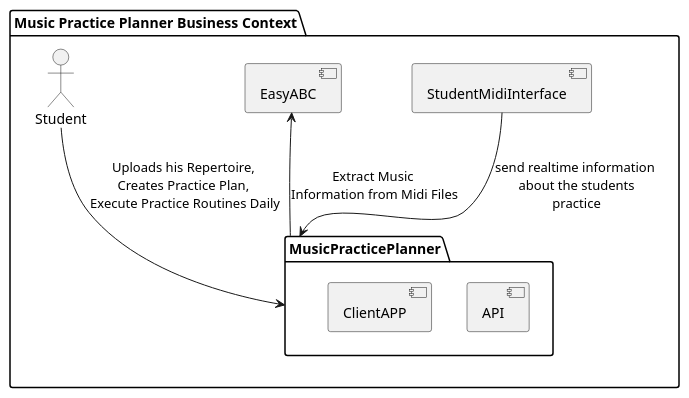
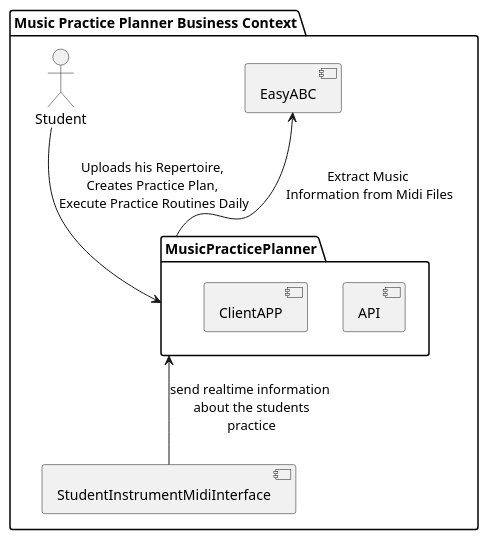
The first of 4 diagrams in docs/architecture.md (lelis718/MusicPracticePlanner), drawn with PlantUML before and after one commit. The commit also changed other lines of this file and 1 other file, not shown here.

Commit message:
Architecture definition

````diff
--- a/docs/architecture.md
+++ b/docs/architecture.md
@@ -96,23 +100,23 @@
 ```plantuml
 @startuml Business Context
 
 package "Music Practice Planner Business Context" {
  
 package MusicPracticePlanner{
     [API]
     [ClientAPP]
 }
-[StudentMidiInterface]
+[StudentInstrumentMidiInterface]
 [EasyABC]
 actor Student
 
 Student --> MusicPracticePlanner : Uploads his Repertoire, \nCreates Practice Plan, \nExecute Practice Routines Daily 
 
  EasyABC <-- MusicPracticePlanner : Extract Music \nInformation from Midi Files
 
- StudentMidiInterface --> MusicPracticePlanner  : send realtime information\n about the students\n practice  
+ MusicPracticePlanner <-- StudentInstrumentMidiInterface  : send realtime information\n about the students\n practice  
 
 }
 
 @enduml
 ```
````
